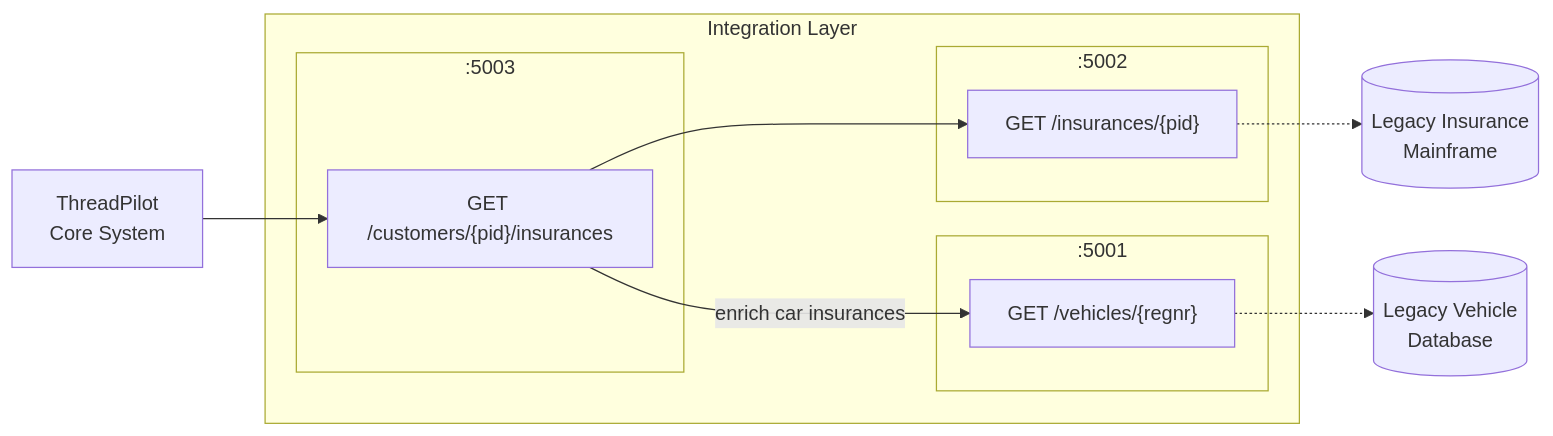
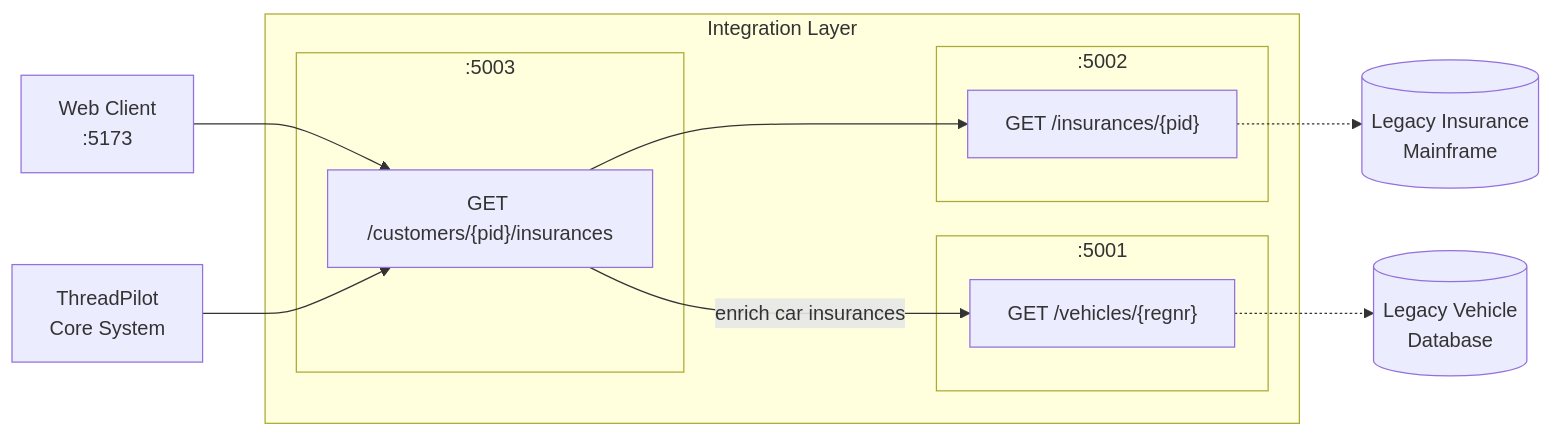
The diagram in README.md (akerstrom/insurance-platform-showcase), drawn with Mermaid before and after one commit. The commit also changed other lines of this file and 29 other files, not shown here.

````diff
--- a/README.md
+++ b/README.md
@@ -13,26 +13,28 @@
 ```mermaid
 flowchart LR
+    WEB[Web Client\n:5173]
     TP[ThreadPilot\nCore System]
 
     subgraph Integration Layer
         subgraph Customer API [:5003]
             C["GET /customers/{pid}/insurances"]
         end
         subgraph Insurance API [:5002]
             I["GET /insurances/{pid}"]
         end
         subgraph Vehicle API [:5001]
             V["GET /vehicles/{regnr}"]
         end
     end
 
+    WEB --> C
     TP --> C
     C --> I
     C -->|enrich car insurances| V
 
     LI[(Legacy Insurance\nMainframe)]
     LV[(Legacy Vehicle\nDatabase)]
 
     I -.-> LI
     V -.-> LV
 ```
````
